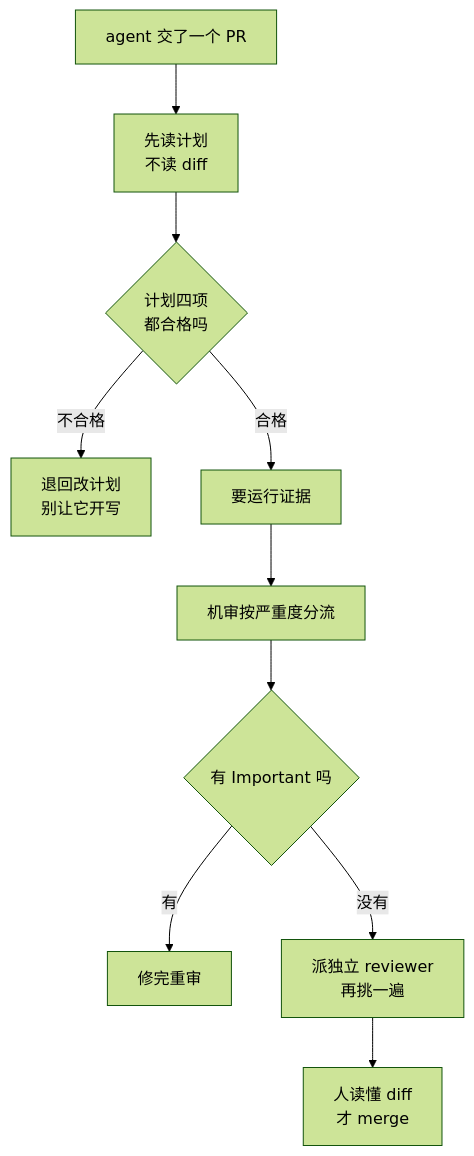
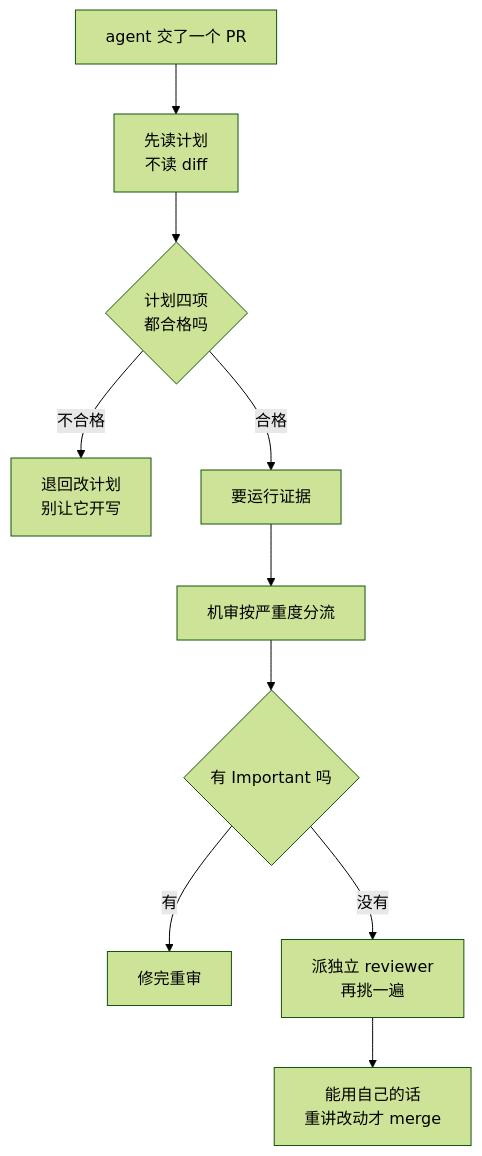
The diagram in 05-质量保证/041-怎么审查AI生成的代码.md (BigKunLun/AI-Coding-Playbook), drawn with Mermaid (forest theme) before and after one commit. The commit also changed other lines of this file and 5 other files, not shown here.

````diff
--- a/05-质量保证/041-怎么审查AI生成的代码.md
+++ b/05-质量保证/041-怎么审查AI生成的代码.md
@@ -16,12 +16,12 @@
 ```mermaid
 flowchart TD
     A[agent 交了一个 PR] --> B[先读计划<br/>不读 diff]
     B --> C{计划四项<br/>都合格吗}
     C -->|不合格| D[退回改计划<br/>别让它开写]
     C -->|合格| E[要运行证据]
     E --> F[机审按严重度分流]
     F --> G{有 Important 吗}
     G -->|有| H[修完重审]
     G -->|没有| I[派独立 reviewer<br/>再挑一遍]
-    I --> J[人读懂 diff<br/>才 merge]
+    I --> J[能用自己的话<br/>重讲改动才 merge]
 ```
````
